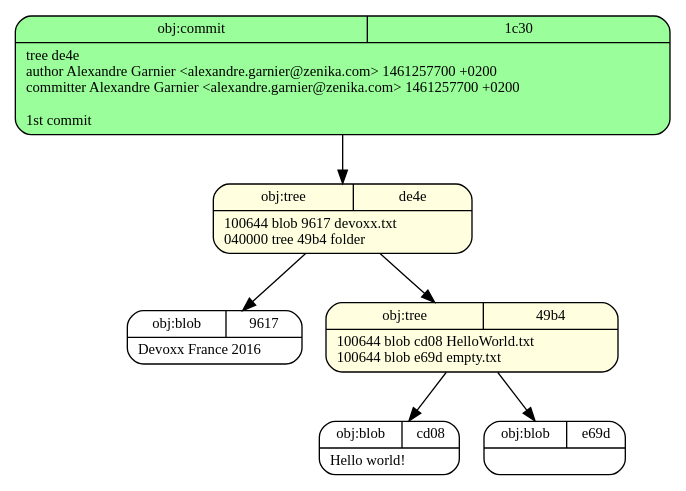
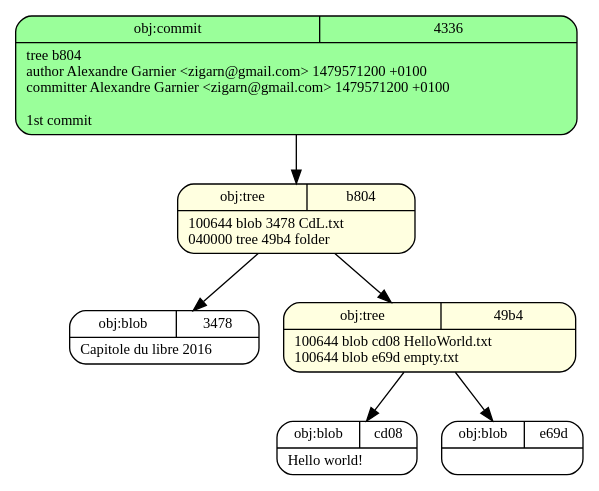
The diagram in create_commit.dot (zigarn/git-internals), drawn with Graphviz before and after one commit. The commit also changed 10 other files, not shown here.

Commit message:
Adapt for 'Capitole du libre 2016'

```diff
--- a/create_commit.dot
+++ b/create_commit.dot
@@ -1,15 +1,15 @@
 digraph structs {
   node [shape=record,fontsize=11];
   rankdir="TB";
-  _1c30 [fillcolor="palegreen1", style="filled,rounded", label="{{obj:commit|1c30}|tree\ de4e\lauthor\ Alexandre\ Garnier\ \<alexandre\.garnier\@zenika\.com\>\ 1461257700\ \+0200\lcommitter\ Alexandre\ Garnier\ \<alexandre\.garnier\@zenika\.com\>\ 1461257700\ \+0200\l\l1st\ commit\l}"]
-  _1c30 -> _de4e
-  _de4e [fillcolor="lightyellow", style="filled,rounded", label="{{obj:tree|de4e}|100644\ blob\ 9617\	devoxx\.txt\l040000\ tree\ 49b4\	folder\l}"]
-  _de4e -> _9617
-  _de4e -> _49b4
+  _4336 [fillcolor="palegreen1", style="filled,rounded", label="{{obj:commit|4336}|tree\ b804\lauthor\ Alexandre\ Garnier\ \<zigarn\@gmail\.com\>\ 1479571200\ \+0100\lcommitter\ Alexandre\ Garnier\ \<zigarn\@gmail\.com\>\ 1479571200\ \+0100\l\l1st\ commit\l}"]
+  _4336 -> _b804
+  _b804 [fillcolor="lightyellow", style="filled,rounded", label="{{obj:tree|b804}|100644\ blob\ 3478\	CdL\.txt\l040000\ tree\ 49b4\	folder\l}"]
+  _b804 -> _3478
+  _b804 -> _49b4
   _cd08 [fillcolor="white", style="filled,rounded", label="{{obj:blob|cd08}|Hello\ world\!\l}"]
   _e69d [fillcolor="white", style="filled,rounded", label="{{obj:blob|e69d}|}"]
   _49b4 [fillcolor="lightyellow", style="filled,rounded", label="{{obj:tree|49b4}|100644\ blob\ cd08\	HelloWorld\.txt\l100644\ blob\ e69d\	empty\.txt\l}"]
   _49b4 -> _cd08
   _49b4 -> _e69d
-  _9617 [fillcolor="white", style="filled,rounded", label="{{obj:blob|9617}|Devoxx\ France\ 2016\l}"]
+  _3478 [fillcolor="white", style="filled,rounded", label="{{obj:blob|3478}|Capitole\ du\ libre\ 2016\l}"]
 }
```
